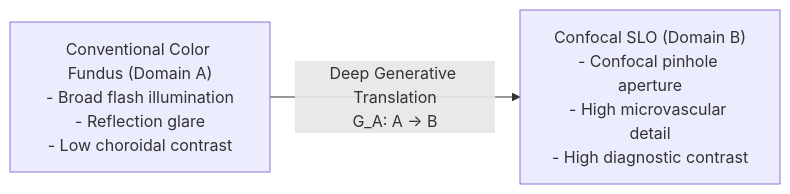
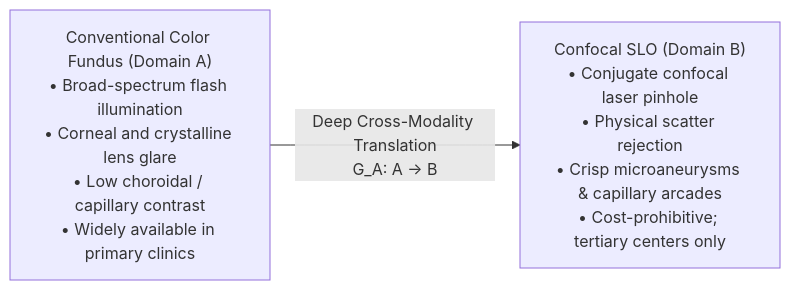
The first of 4 diagrams in docs/topodlri/RESEARCH_PAPER.md (premsuggu/pytorch-CycleGAN-and-pix2pix), drawn with Mermaid before and after one commit. The commit also changed other lines of this file and 1 other file, not shown here.

````diff
--- a/docs/topodlri/RESEARCH_PAPER.md
+++ b/docs/topodlri/RESEARCH_PAPER.md
@@ -32,4 +30,4 @@
 ```mermaid
 flowchart LR
-    A["Conventional Color Fundus (Domain A)<br>- Broad flash illumination<br>- Reflection glare<br>- Low choroidal contrast"] -->|Deep Generative Translation<br>G_A: A -> B| B["Confocal SLO (Domain B)<br>- Confocal pinhole aperture<br>- High microvascular detail<br>- High diagnostic contrast"]
+    A["Conventional Color Fundus (Domain A)<br>• Broad-spectrum flash illumination<br>• Corneal and crystalline lens glare<br>• Low choroidal / capillary contrast<br>• Widely available in primary clinics"] -->|Deep Cross-Modality Translation<br>G_A: A -> B| B["Confocal SLO (Domain B)<br>• Conjugate confocal laser pinhole<br>• Physical scatter rejection<br>• Crisp microaneurysms & capillary arcades<br>• Cost-prohibitive; tertiary centers only"]
 ```
````
